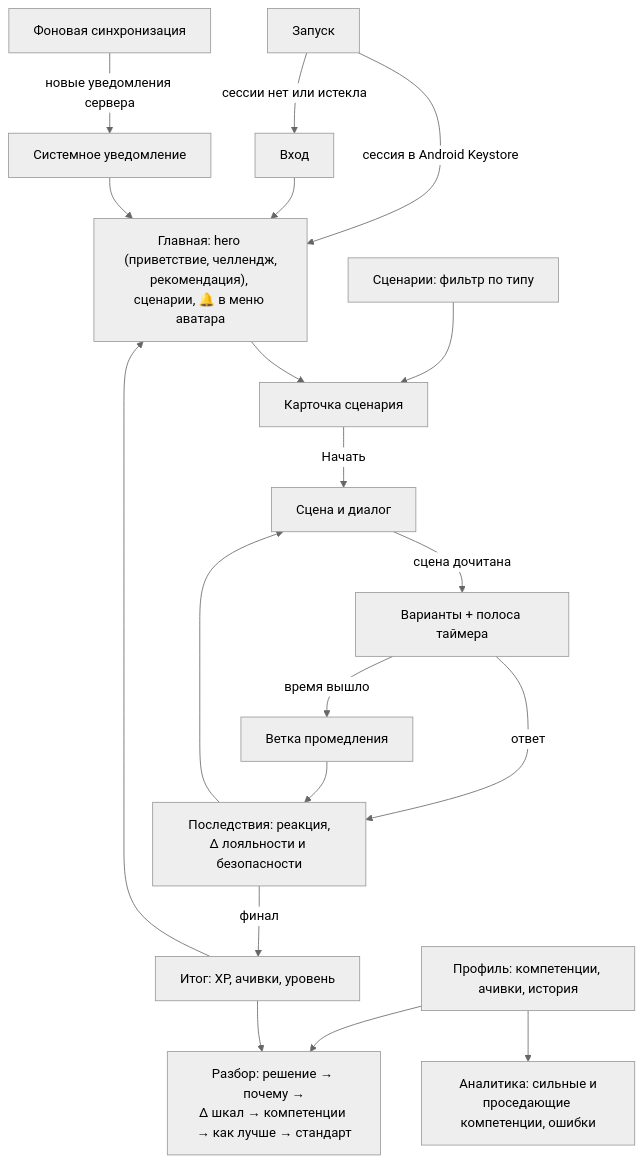
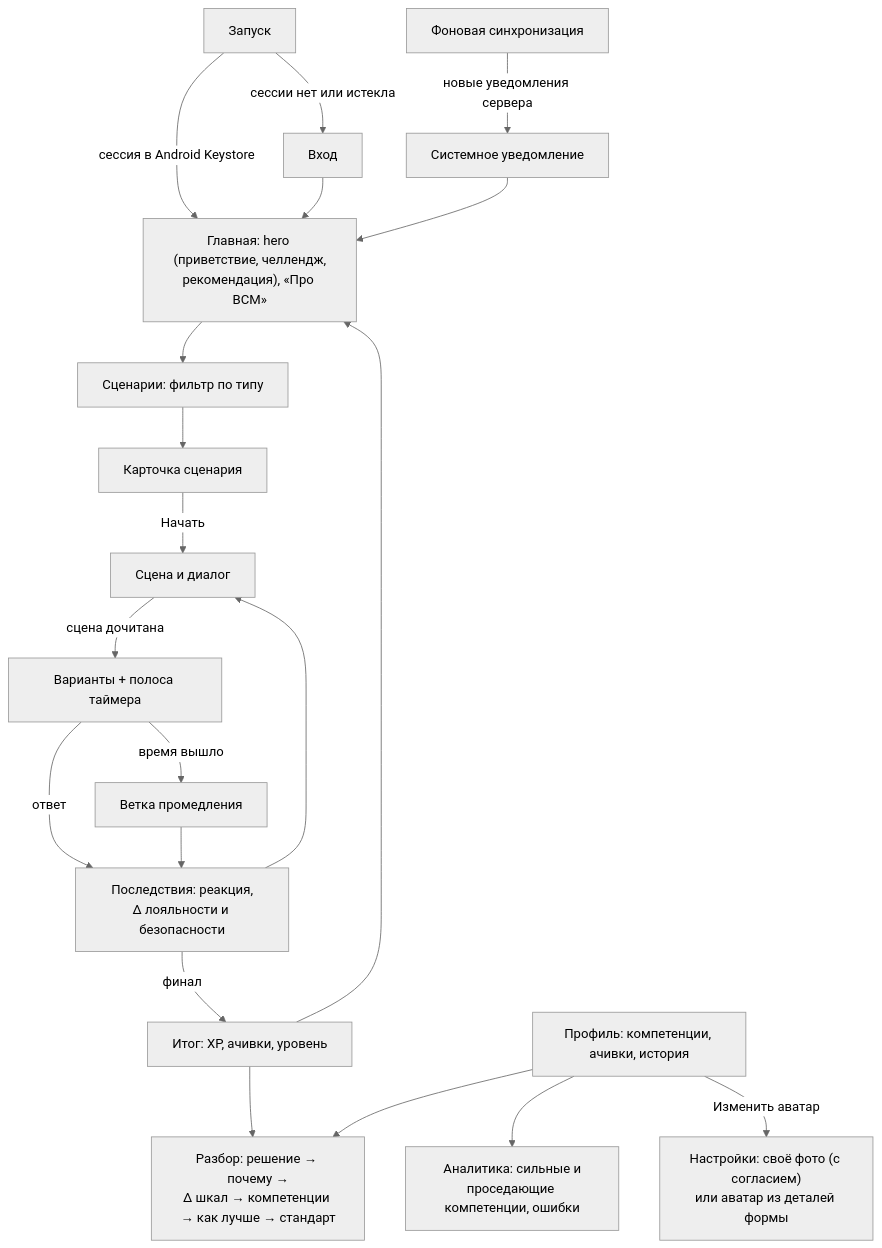
Before and after one commit to kelw1n25/vsm-trainer: the second of 2 diagrams in docs/USER_FLOW.md, drawn with Mermaid (neutral theme). The commit also changed other lines of this file and 5 other files, not shown here.

````diff
--- a/docs/USER_FLOW.md
+++ b/docs/USER_FLOW.md
@@ -75,17 +76,18 @@
 ```mermaid
 flowchart TD
     LA["Запуск"] -->|"сессия в Android Keystore"| HO
     LA -->|"сессии нет или истекла"| LO["Вход"] --> HO
-    HO["Главная: hero (приветствие, челлендж,<br/>рекомендация), сценарии, 🔔 в меню аватара"] --> SD
+    HO["Главная: hero (приветствие, челлендж,<br/>рекомендация), «Про ВСМ»"] --> CAT
     CAT["Сценарии: фильтр по типу"] --> SD["Карточка сценария"]
     SD -->|"Начать"| PL["Сцена и диалог"]
     PL -->|"сцена дочитана"| CH["Варианты + полоса таймера"]
     CH -->|"ответ"| CO["Последствия: реакция,<br/>Δ лояльности и безопасности"]
     CH -->|"время вышло"| TO["Ветка промедления"] --> CO
     CO --> PL
     CO -->|"финал"| FI["Итог: XP, ачивки, уровень"] --> DE["Разбор: решение → почему →<br/>Δ шкал → компетенции → как лучше → стандарт"]
     FI --> HO
     PR["Профиль: компетенции, ачивки, история"] --> AN["Аналитика: сильные и<br/>проседающие компетенции, ошибки"]
     PR --> DE
+    PR -->|"Изменить аватар"| ST["Настройки: своё фото (с согласием)<br/>или аватар из деталей формы"]
     BG["Фоновая синхронизация"] -->|"новые уведомления сервера"| PUSH["Системное уведомление"] --> HO
 ```
````
